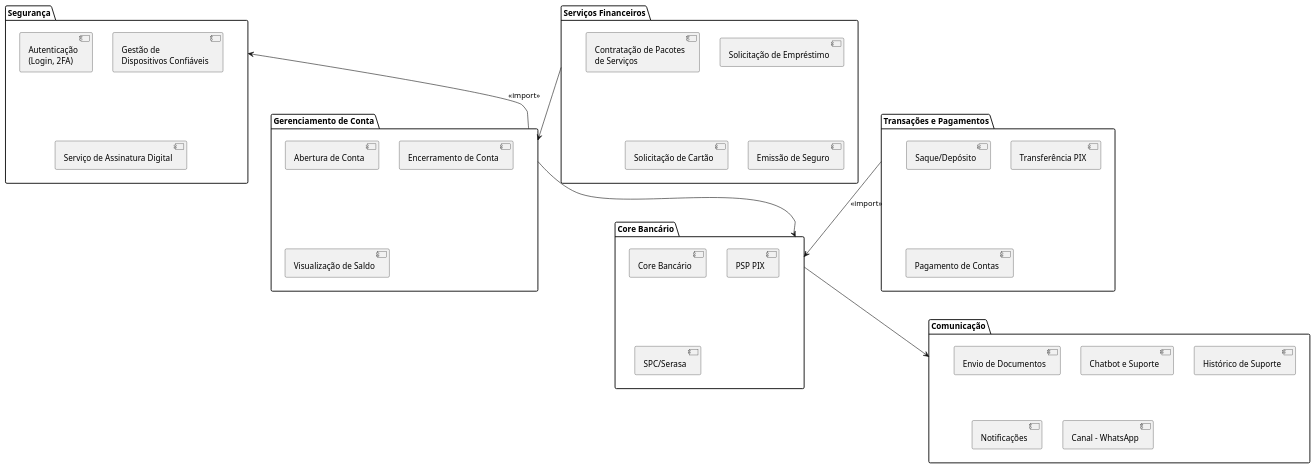
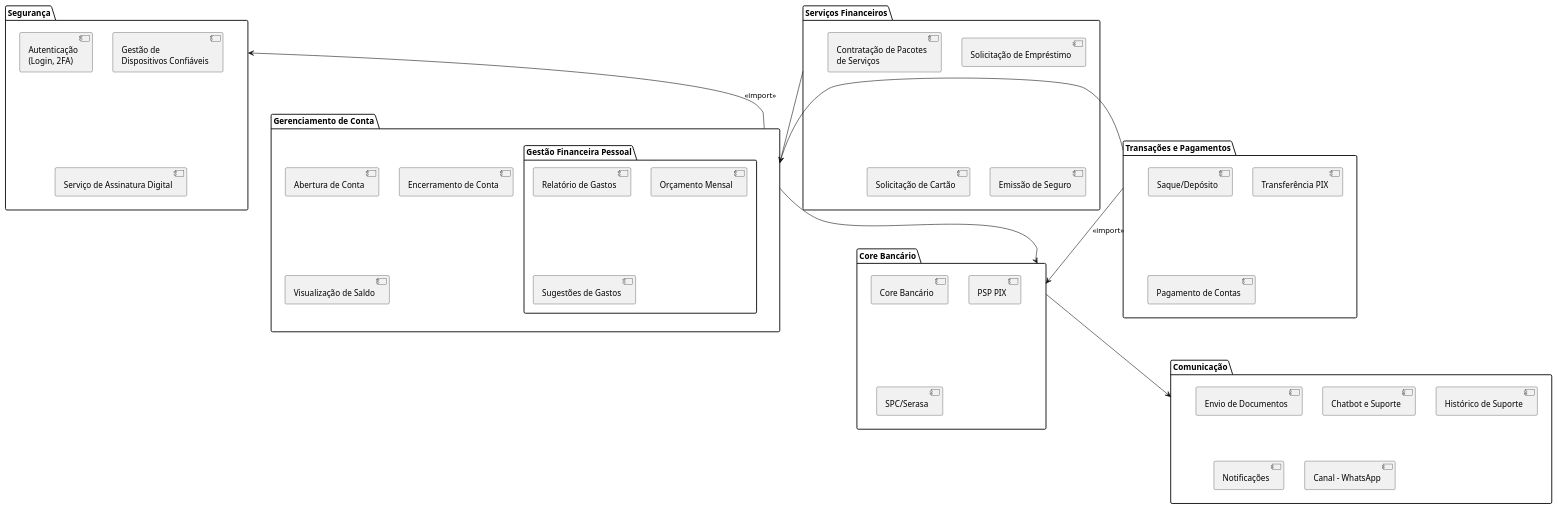
The diagram in diagrama-pacotes/index.puml (Jphn/vitta-next), drawn with PlantUML before and after one commit.

Commit message:
Atualizar Diagrama de Pacotes

```diff
--- a/diagrama-pacotes/index.puml
+++ b/diagrama-pacotes/index.puml
@@ -1,48 +1,54 @@
 @startuml packs
 
 package "Segurança" as Security {
   [Autenticação\n(Login, 2FA)]
   [Gestão de\nDispositivos Confiáveis]
   [Serviço de Assinatura Digital]
 }
 
 package "Serviços Financeiros" as Services {
   [Solicitação de Empréstimo]
   [Contratação de Pacotes\nde Serviços]
   [Solicitação de Cartão]
   [Emissão de Seguro]
 }
 
 package "Core Bancário" as Core {
   [Core Bancário]
   [PSP PIX]
   [SPC/Serasa]
 }
 
 package "Gerenciamento de Conta" as Account {
   [Abertura de Conta]
   [Encerramento de Conta]
-  [Visualização de Saldo]
+  [Visualização de Saldo] 
+  package "Gestão Financeira Pessoal" as Management {
+    [Relatório de Gastos]
+    [Orçamento Mensal]
+    [Sugestões de Gastos]
+  }
 }
 
 package "Transações e Pagamentos" as Transactions {
   [Saque/Depósito]
   [Transferência PIX]
   [Pagamento de Contas]
 }
 
 package "Comunicação" as Communication {
   [Envio de Documentos]
   [Chatbot e Suporte]
   [Histórico de Suporte]
   [Notificações]
   [Canal - WhatsApp]
 }
 
 Account --> Security : <<import>>        
 Account --> Core           
 Transactions --> Core : <<import>>
+Transactions --> Account
 Services --> Account              
 Core --> Communication
 
 @enduml
```
